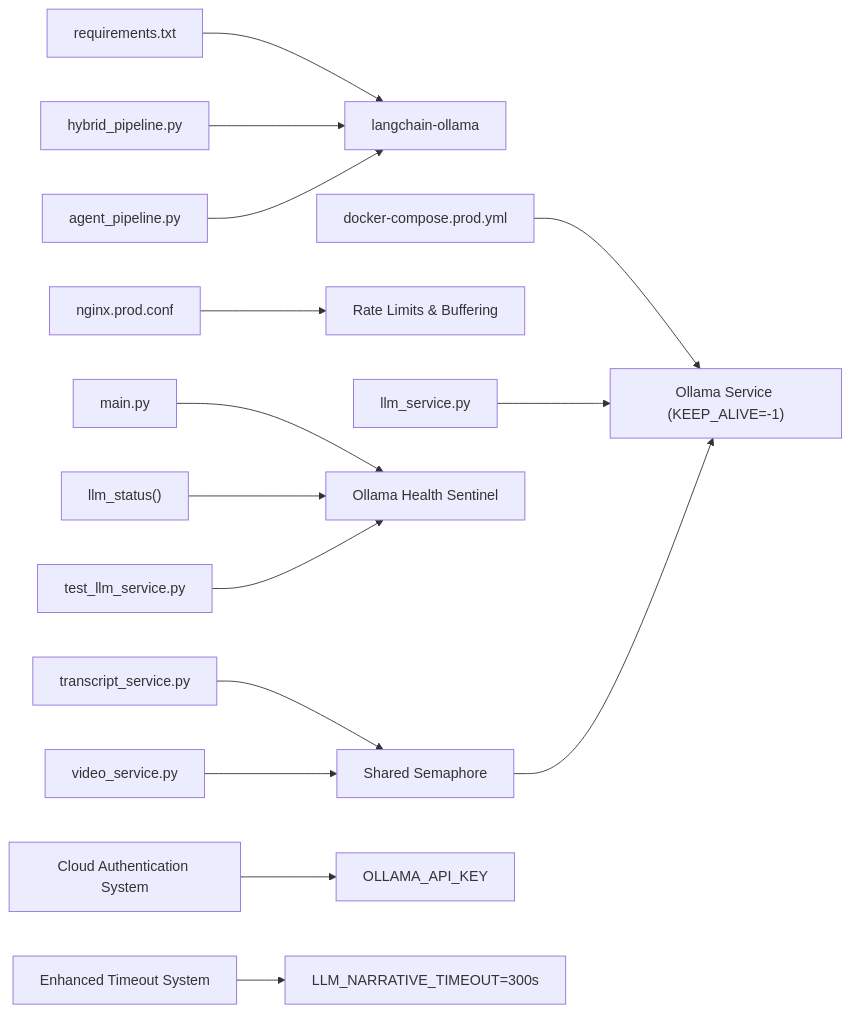
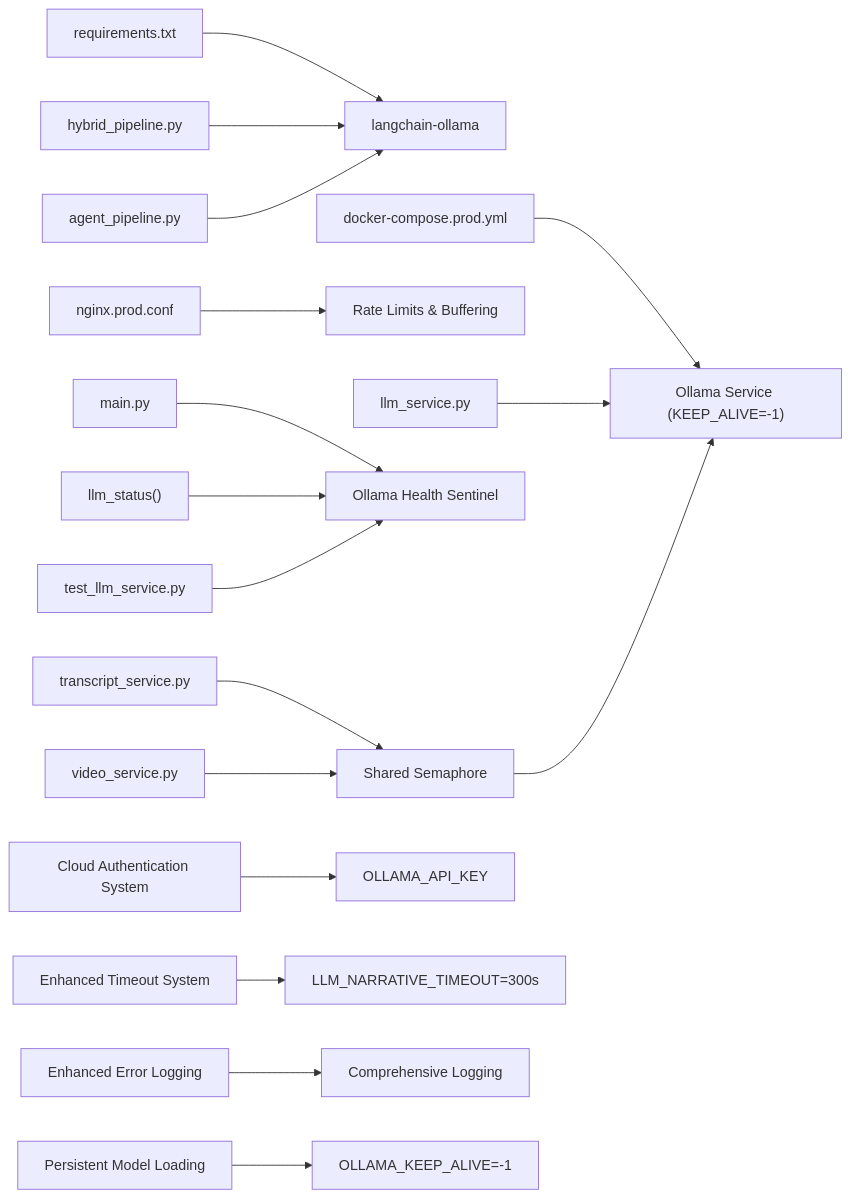
Diagram 15 of 15 in .qoder/repowiki/en/content/Analysis Engine/LLM Service Integration.md (Revanththetalogics/aireume), drawn with Mermaid before and after one commit. The commit also changed other lines of this file and 6 other files, not shown here.

````diff
--- a/.qoder/repowiki/en/content/Analysis Engine/LLM Service Integration.md
+++ b/.qoder/repowiki/en/content/Analysis Engine/LLM Service Integration.md
@@ -742,17 +785,19 @@
 ```mermaid
 graph LR
 A["requirements.txt"] --> B["langchain-ollama"]
 C["docker-compose.prod.yml"] --> D["Ollama Service (KEEP_ALIVE=-1)"]
 E["nginx.prod.conf"] --> F["Rate Limits & Buffering"]
 G["hybrid_pipeline.py"] --> B
 H["llm_service.py"] --> D
 I["agent_pipeline.py"] --> B
 J["main.py"] --> K["Ollama Health Sentinel"]
 L["llm_status()"] --> K
 M["test_llm_service.py"] --> K
 N["transcript_service.py"] --> O["Shared Semaphore"]
 P["video_service.py"] --> O
 O --> D
 Q["Cloud Authentication System"] --> R["OLLAMA_API_KEY"]
 S["Enhanced Timeout System"] --> T["LLM_NARRATIVE_TIMEOUT=300s"]
+U["Enhanced Error Logging"] --> V["Comprehensive Logging"]
+W["Persistent Model Loading"] --> X["OLLAMA_KEEP_ALIVE=-1"]
 ```
````
